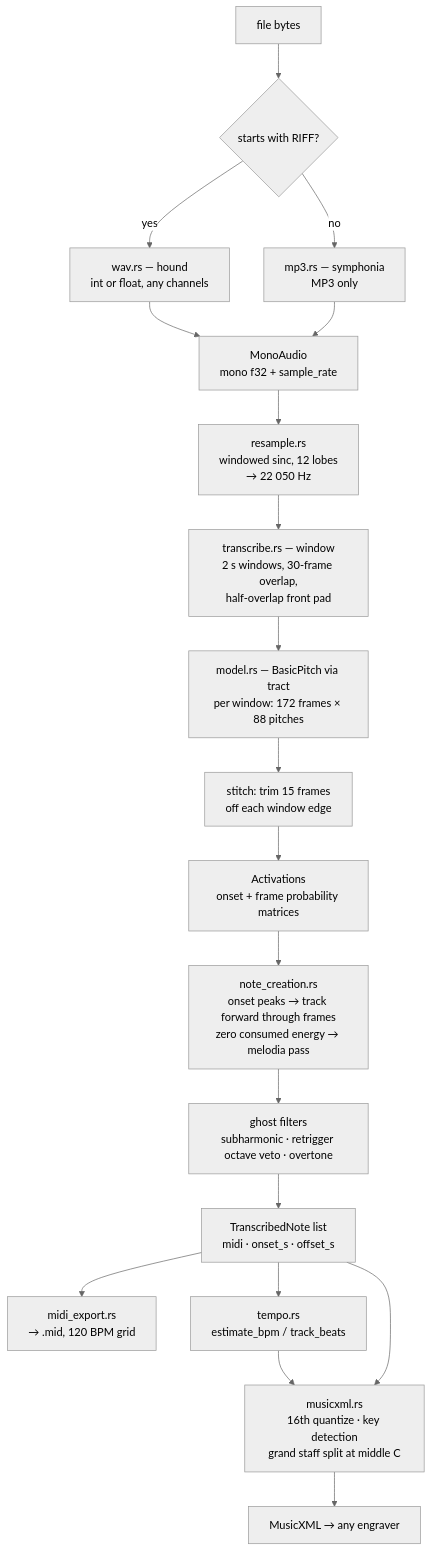
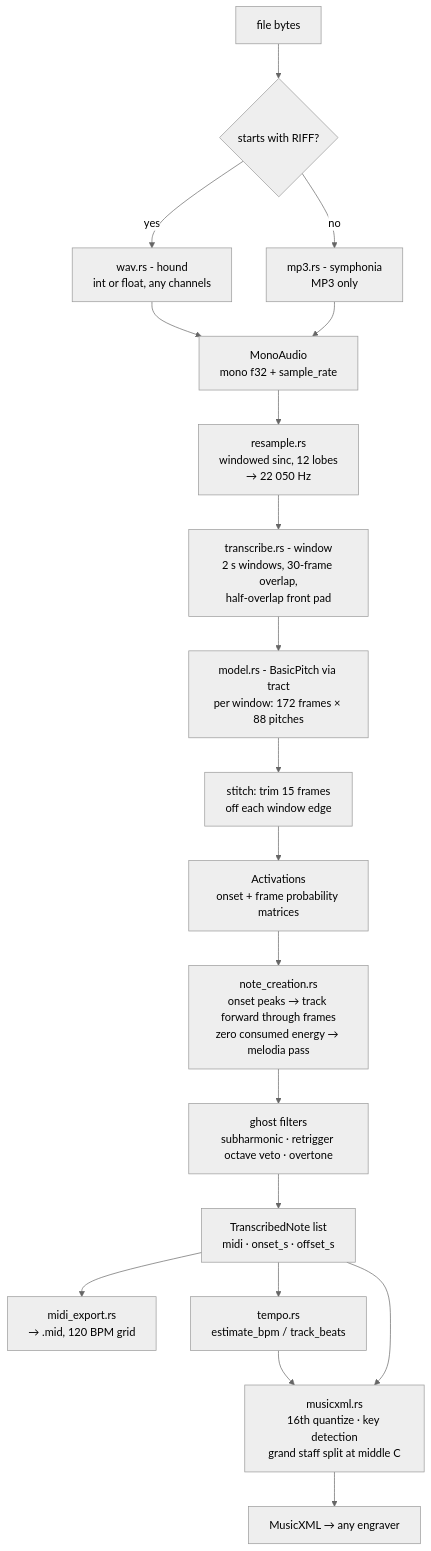
The fourth of 8 diagrams in README.md (soroush-tech/sconote), drawn with Mermaid (neutral theme) before and after one commit. The commit also changed other lines of this file and 36 other files, not shown here.

````diff
--- a/README.md
+++ b/README.md
@@ -152,24 +152,24 @@
 ```mermaid
 flowchart TD
     BYTES["file bytes"] --> SNIFF{"starts with RIFF?"}
-    SNIFF -->|yes| WAV["wav.rs — hound<br/>int or float, any channels"]
-    SNIFF -->|no| MP3["mp3.rs — symphonia<br/>MP3 only"]
+    SNIFF -->|yes| WAV["wav.rs - hound<br/>int or float, any channels"]
+    SNIFF -->|no| MP3["mp3.rs - symphonia<br/>MP3 only"]
     WAV --> MONO["MonoAudio<br/>mono f32 + sample_rate"]
     MP3 --> MONO
     MONO --> RS["resample.rs<br/>windowed sinc, 12 lobes<br/>→ 22 050 Hz"]
 
-    RS --> WIN["transcribe.rs — window<br/>2 s windows, 30-frame overlap,<br/>half-overlap front pad"]
-    WIN --> CNN["model.rs — BasicPitch via tract<br/>per window: 172 frames × 88 pitches"]
+    RS --> WIN["transcribe.rs - window<br/>2 s windows, 30-frame overlap,<br/>half-overlap front pad"]
+    WIN --> CNN["model.rs - BasicPitch via tract<br/>per window: 172 frames × 88 pitches"]
     CNN --> STITCH["stitch: trim 15 frames<br/>off each window edge"]
     STITCH --> ACT["Activations<br/>onset + frame probability matrices"]
 
     ACT --> NC["note_creation.rs<br/>onset peaks → track forward through frames<br/>zero consumed energy → melodia pass"]
     NC --> FILT["ghost filters<br/>subharmonic · retrigger octave veto · overtone"]
     FILT --> NOTES["TranscribedNote list<br/>midi · onset_s · offset_s"]
 
     NOTES --> MIDI["midi_export.rs<br/>→ .mid, 120 BPM grid"]
     NOTES --> TEMPO["tempo.rs<br/>estimate_bpm / track_beats"]
     TEMPO --> XML["musicxml.rs<br/>16th quantize · key detection<br/>grand staff split at middle C"]
     NOTES --> XML
     XML --> SCORE["MusicXML → any engraver"]
 ```
````
